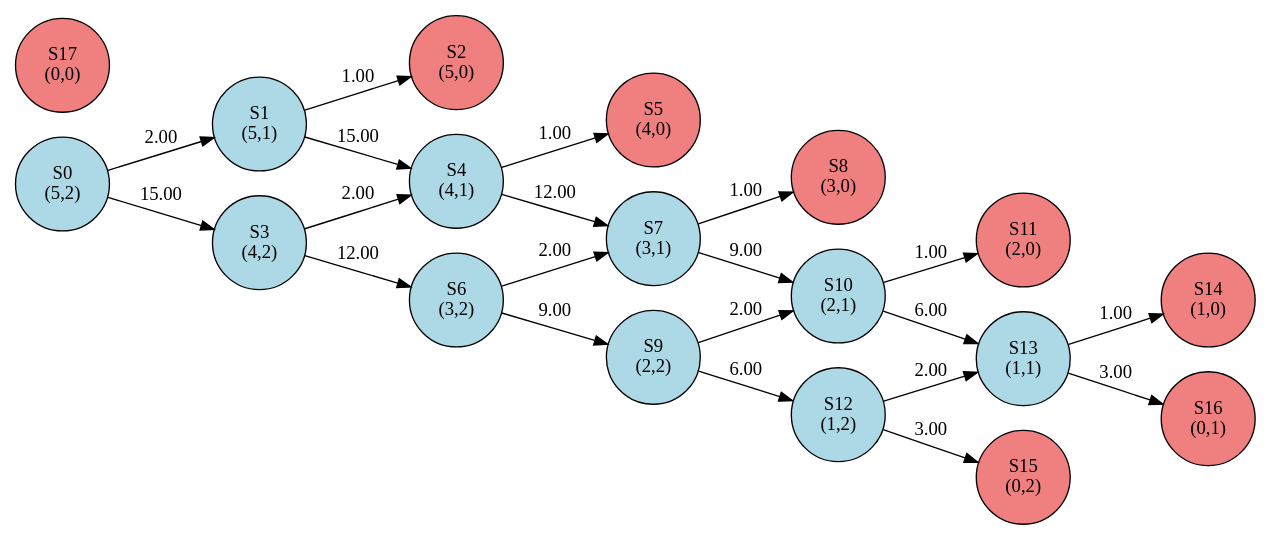
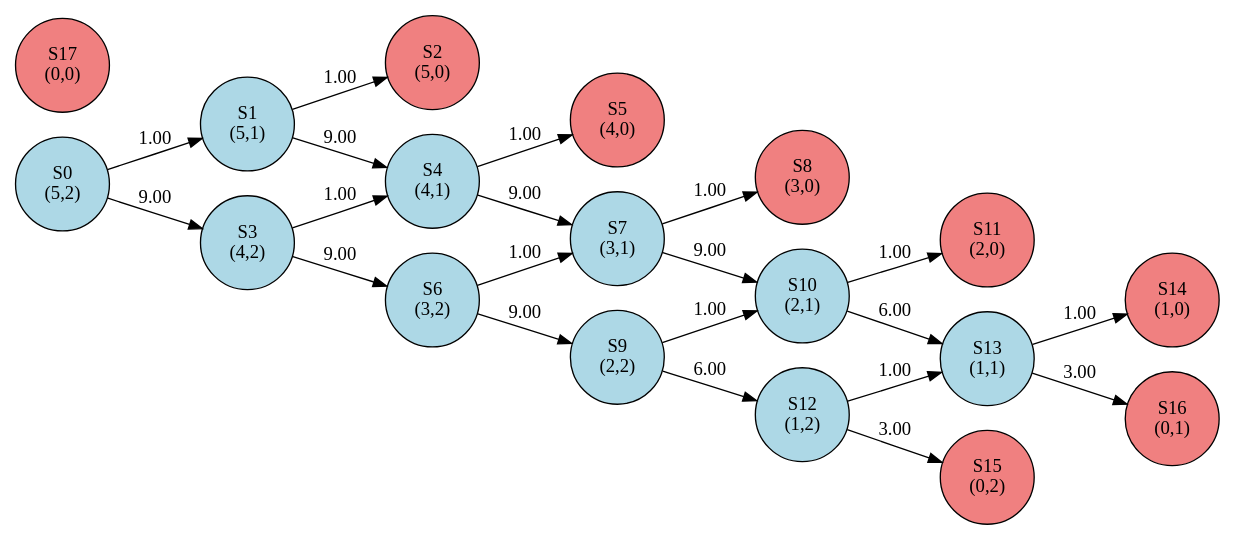
One commit to MrAlexandrov/ContinuousMarkovChains changed the diagram in transition_graph_task1.dot. Above: the diagram before and after it, drawn with Graphviz. The commit also changed 17 other files, not shown here.

```diff
--- a/transition_graph_task1.dot
+++ b/transition_graph_task1.dot
@@ -1,42 +1,42 @@
 digraph TransitionGraph {
   rankdir=LR;
   node [shape=circle];
   0 [label="S0\n(5,2)", style=filled, fillcolor=lightblue];
   1 [label="S1\n(5,1)", style=filled, fillcolor=lightblue];
   2 [label="S2\n(5,0)", style=filled, fillcolor=lightcoral];
   3 [label="S3\n(4,2)", style=filled, fillcolor=lightblue];
   4 [label="S4\n(4,1)", style=filled, fillcolor=lightblue];
   5 [label="S5\n(4,0)", style=filled, fillcolor=lightcoral];
   6 [label="S6\n(3,2)", style=filled, fillcolor=lightblue];
   7 [label="S7\n(3,1)", style=filled, fillcolor=lightblue];
   8 [label="S8\n(3,0)", style=filled, fillcolor=lightcoral];
   9 [label="S9\n(2,2)", style=filled, fillcolor=lightblue];
   10 [label="S10\n(2,1)", style=filled, fillcolor=lightblue];
   11 [label="S11\n(2,0)", style=filled, fillcolor=lightcoral];
   12 [label="S12\n(1,2)", style=filled, fillcolor=lightblue];
   13 [label="S13\n(1,1)", style=filled, fillcolor=lightblue];
   14 [label="S14\n(1,0)", style=filled, fillcolor=lightcoral];
   15 [label="S15\n(0,2)", style=filled, fillcolor=lightcoral];
   16 [label="S16\n(0,1)", style=filled, fillcolor=lightcoral];
   17 [label="S17\n(0,0)", style=filled, fillcolor=lightcoral];
-  0 -> 1 [label="2.00"];
-  0 -> 3 [label="15.00"];
+  0 -> 1 [label="1.00"];
+  0 -> 3 [label="9.00"];
   1 -> 2 [label="1.00"];
-  1 -> 4 [label="15.00"];
-  3 -> 4 [label="2.00"];
-  3 -> 6 [label="12.00"];
+  1 -> 4 [label="9.00"];
+  3 -> 4 [label="1.00"];
+  3 -> 6 [label="9.00"];
   4 -> 5 [label="1.00"];
-  4 -> 7 [label="12.00"];
-  6 -> 7 [label="2.00"];
+  4 -> 7 [label="9.00"];
+  6 -> 7 [label="1.00"];
   6 -> 9 [label="9.00"];
   7 -> 8 [label="1.00"];
   7 -> 10 [label="9.00"];
-  9 -> 10 [label="2.00"];
+  9 -> 10 [label="1.00"];
   9 -> 12 [label="6.00"];
   10 -> 11 [label="1.00"];
   10 -> 13 [label="6.00"];
-  12 -> 13 [label="2.00"];
+  12 -> 13 [label="1.00"];
   12 -> 15 [label="3.00"];
   13 -> 14 [label="1.00"];
   13 -> 16 [label="3.00"];
 }
```
